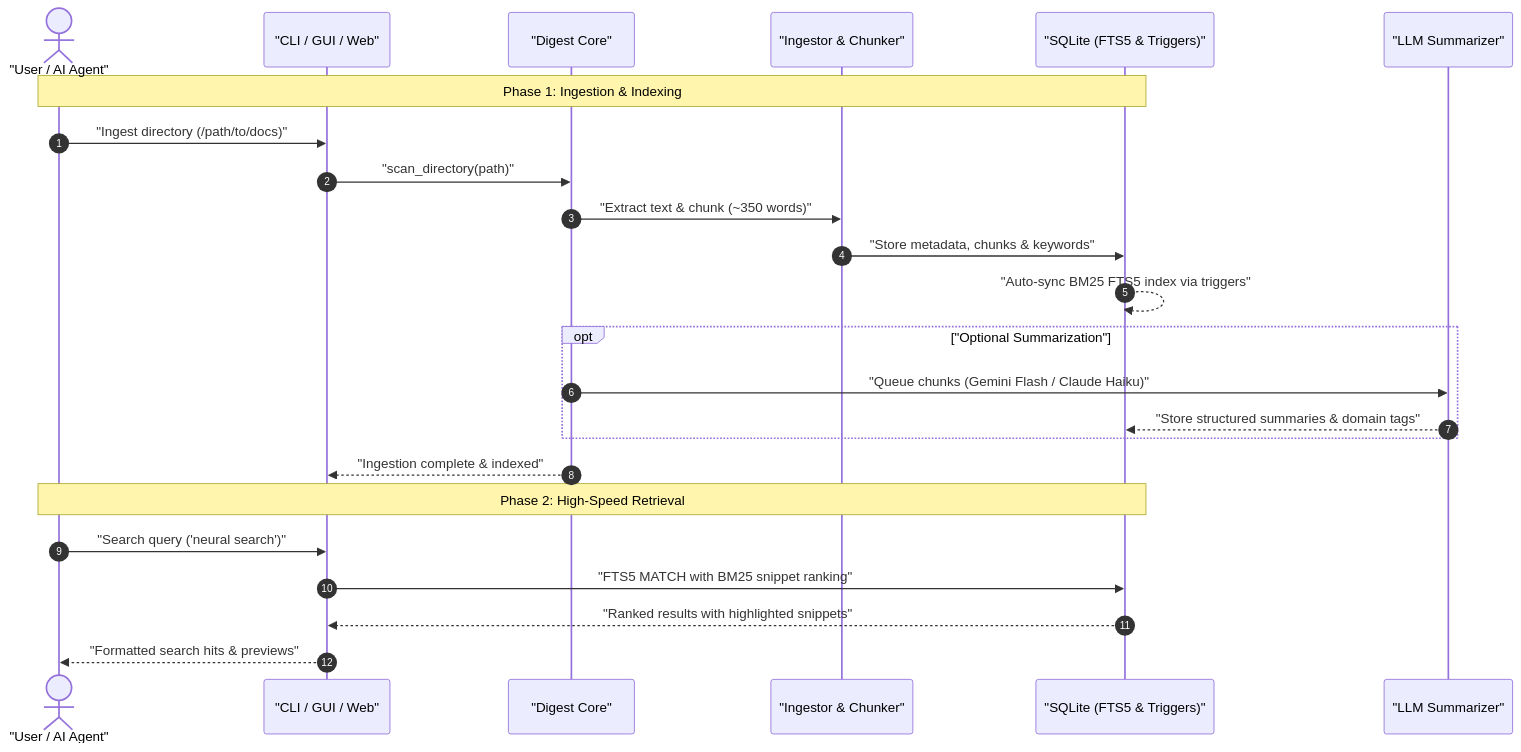
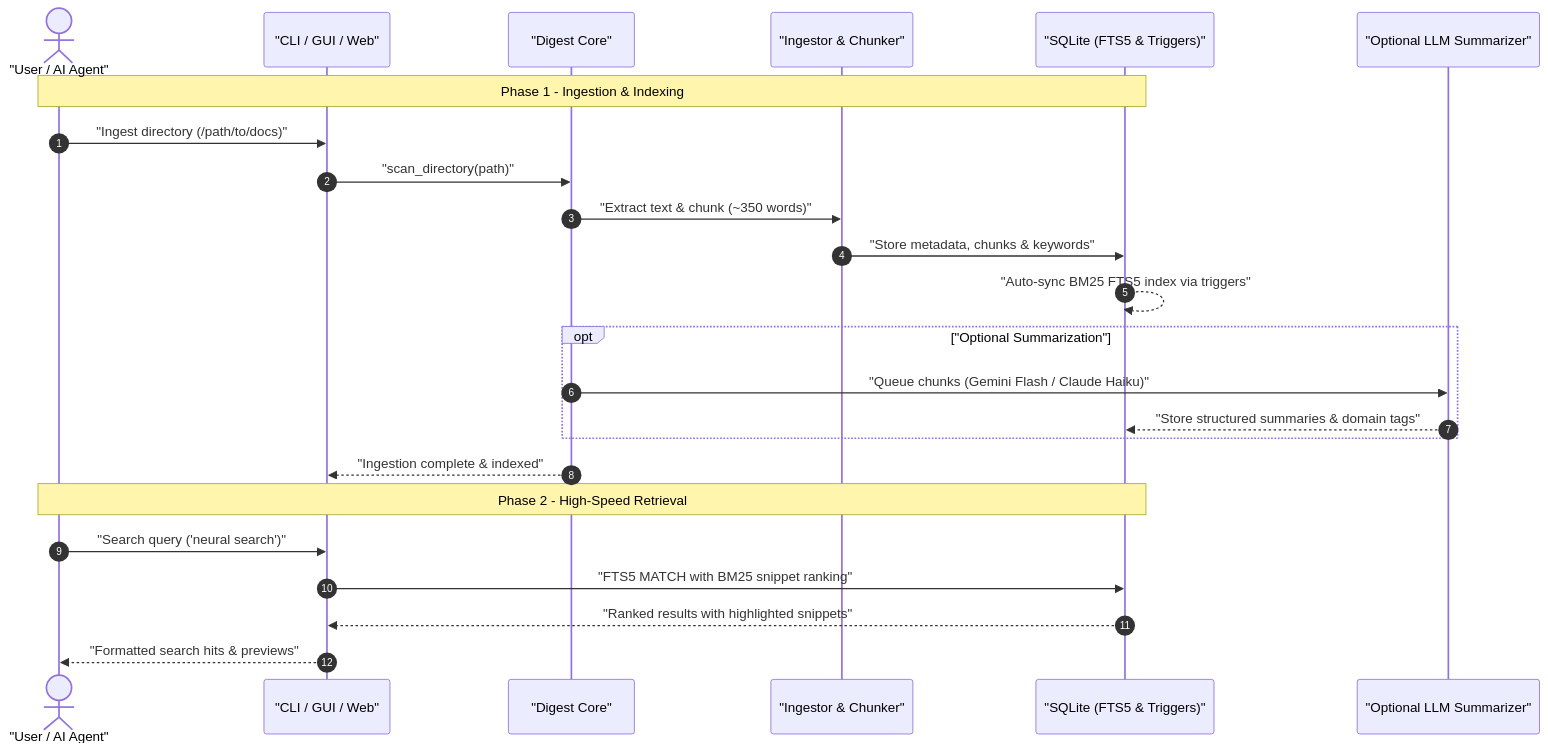
One commit to file-bricks/KnowledgeDigest changed the second of 2 diagrams in README.md. Above: the diagram before and after it, drawn with Mermaid. The commit also changed other lines of this file and 10 other files, not shown here.

Commit message:
feat(marketing): bilingual 18-point parity, dual mermaid diagrams, personas, level 1 sbom and metadata tests

````diff
--- a/README.md
+++ b/README.md
@@ -78,28 +111,28 @@
 ```mermaid
 sequenceDiagram
     autonumber
     actor User as "User / AI Agent"
     participant CLI as "CLI / GUI / Web"
     participant Core as "Digest Core"
     participant Ingest as "Ingestor & Chunker"
     participant DB as "SQLite (FTS5 & Triggers)"
-    participant LLM as "LLM Summarizer"
+    participant LLM as "Optional LLM Summarizer"
 
-    Note over User,DB: Phase 1: Ingestion & Indexing
+    Note over User,DB: Phase 1 - Ingestion & Indexing
     User->>CLI: "Ingest directory (/path/to/docs)"
     CLI->>Core: "scan_directory(path)"
     Core->>Ingest: "Extract text & chunk (~350 words)"
     Ingest->>DB: "Store metadata, chunks & keywords"
     DB-->>DB: "Auto-sync BM25 FTS5 index via triggers"
     opt "Optional Summarization"
         Core->>LLM: "Queue chunks (Gemini Flash / Claude Haiku)"
         LLM-->>DB: "Store structured summaries & domain tags"
     end
     Core-->>CLI: "Ingestion complete & indexed"
 
-    Note over User,DB: Phase 2: High-Speed Retrieval
+    Note over User,DB: Phase 2 - High-Speed Retrieval
     User->>CLI: "Search query ('neural search')"
     CLI->>DB: "FTS5 MATCH with BM25 snippet ranking"
     DB-->>CLI: "Ranked results with highlighted snippets"
     CLI-->>User: "Formatted search hits & previews"
 ```
````
